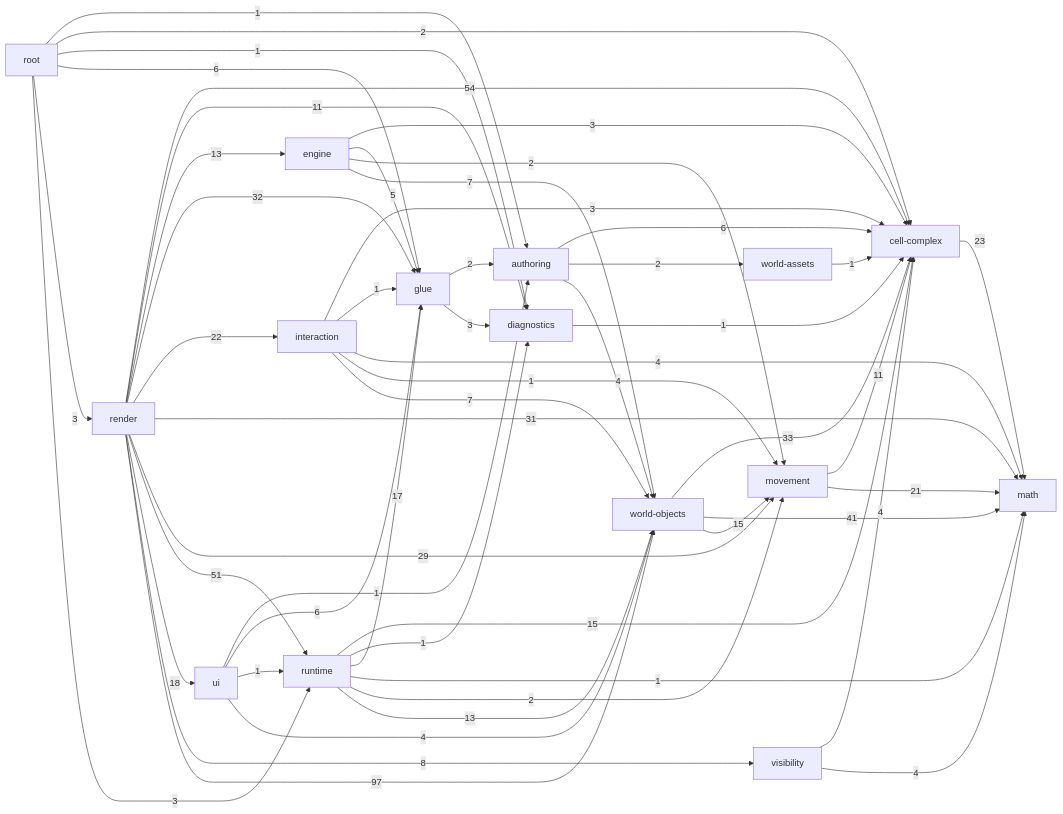
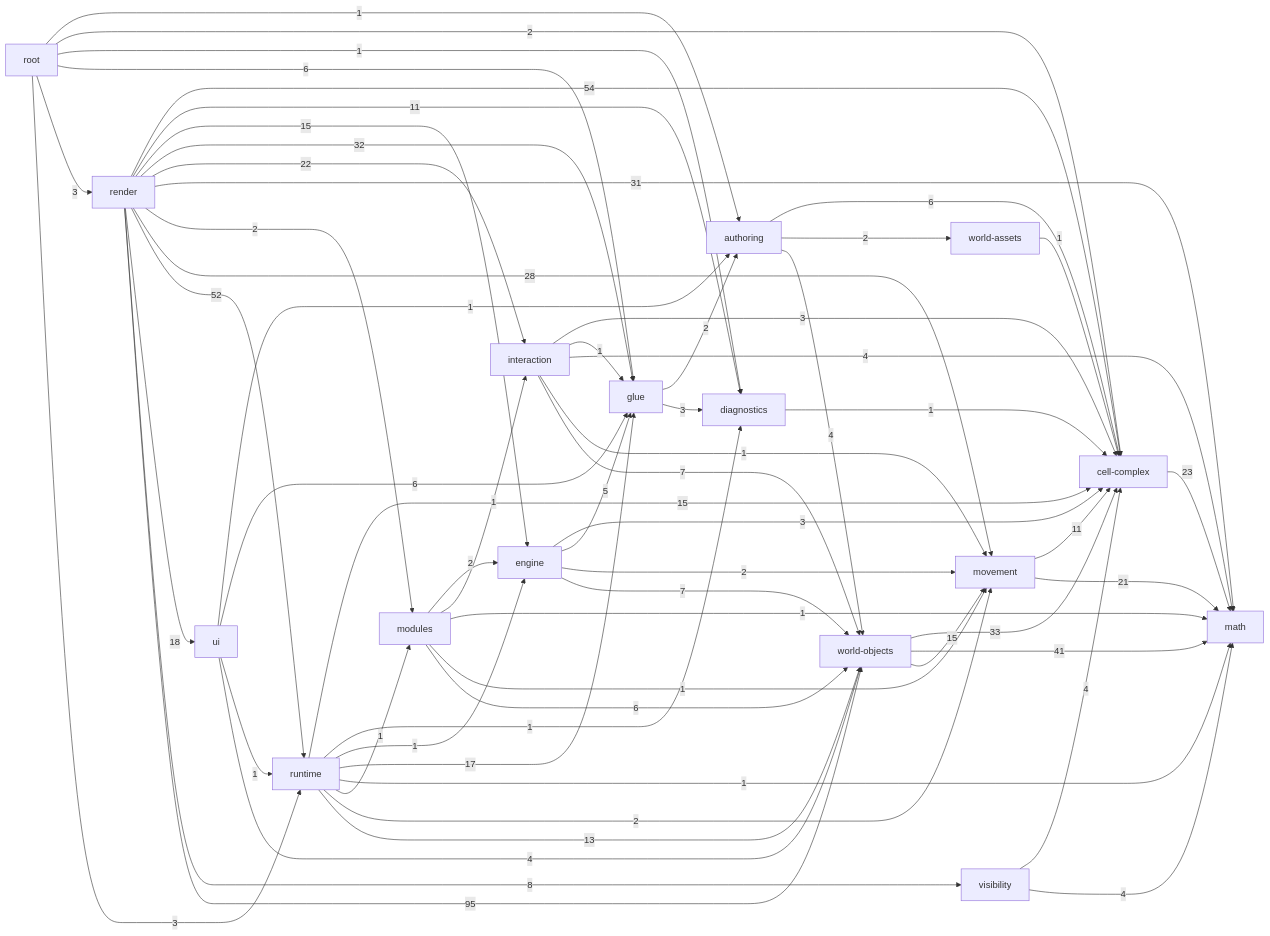
Before and after one commit to guraltsev/noneuclid-fpv: the diagram in _docs/generated/ARCHITECTURE_REFERENCE.md, drawn with Mermaid. The commit also changed other lines of this file and 31 other files, not shown here.

````diff
--- a/_docs/generated/ARCHITECTURE_REFERENCE.md
+++ b/_docs/generated/ARCHITECTURE_REFERENCE.md
@@ -36,69 +37,78 @@
 ```mermaid
 flowchart LR
   math["math"]
   cell_complex["cell-complex"]
   diagnostics["diagnostics"]
   visibility["visibility"]
   movement["movement"]
   world_assets["world-assets"]
   world_objects["world-objects"]
   authoring["authoring"]
   glue["glue"]
   interaction["interaction"]
   engine["engine"]
+  modules["modules"]
   runtime["runtime"]
   ui["ui"]
   render["render"]
   root["root"]
   authoring -->|6| cell_complex
   authoring -->|2| world_assets
   authoring -->|4| world_objects
   cell_complex -->|23| math
   diagnostics -->|1| cell_complex
   engine -->|3| cell_complex
   engine -->|5| glue
   engine -->|2| movement
   engine -->|7| world_objects
   glue -->|2| authoring
   glue -->|3| diagnostics
   interaction -->|3| cell_complex
   interaction -->|1| glue
   interaction -->|4| math
   interaction -->|1| movement
   interaction -->|7| world_objects
+  modules -->|2| engine
+  modules -->|1| interaction
+  modules -->|1| math
+  modules -->|1| movement
+  modules -->|6| world_objects
   movement -->|11| cell_complex
   movement -->|21| math
   render -->|54| cell_complex
   render -->|11| diagnostics
-  render -->|13| engine
+  render -->|15| engine
   render -->|32| glue
   render -->|22| interaction
   render -->|31| math
-  render -->|29| movement
-  render -->|51| runtime
+  render -->|2| modules
+  render -->|28| movement
+  render -->|52| runtime
   render -->|18| ui
   render -->|8| visibility
-  render -->|97| world_objects
+  render -->|95| world_objects
   root -->|1| authoring
   root -->|2| cell_complex
   root -->|1| diagnostics
   root -->|6| glue
   root -->|3| render
   root -->|3| runtime
   runtime -->|15| cell_complex
   runtime -->|1| diagnostics
+  runtime -->|1| engine
   runtime -->|17| glue
   runtime -->|1| math
+  runtime -->|1| modules
   runtime -->|2| movement
   runtime -->|13| world_objects
   ui -->|1| authoring
   ui -->|6| glue
   ui -->|1| runtime
   ui -->|4| world_objects
   visibility -->|4| cell_complex
   visibility -->|4| math
   world_assets -->|1| cell_complex
   world_objects -->|33| cell_complex
   world_objects -->|41| math
   world_objects -->|15| movement
 ```
````
